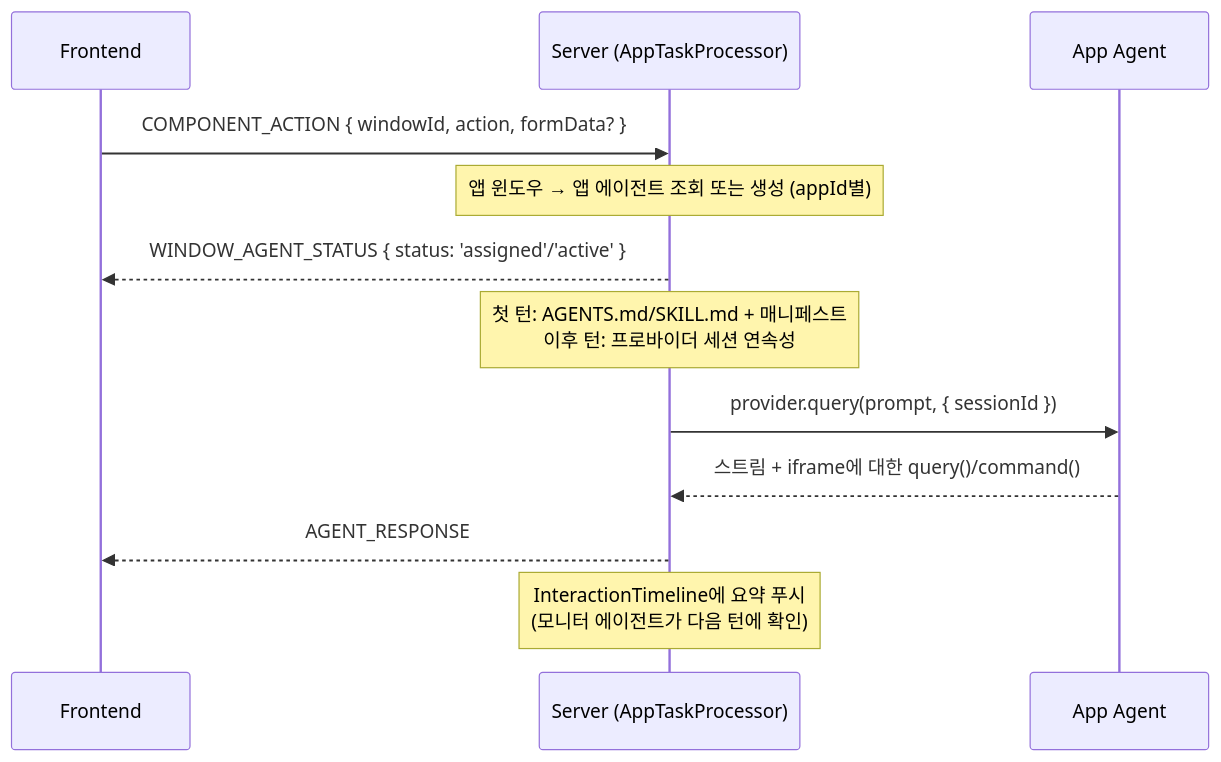
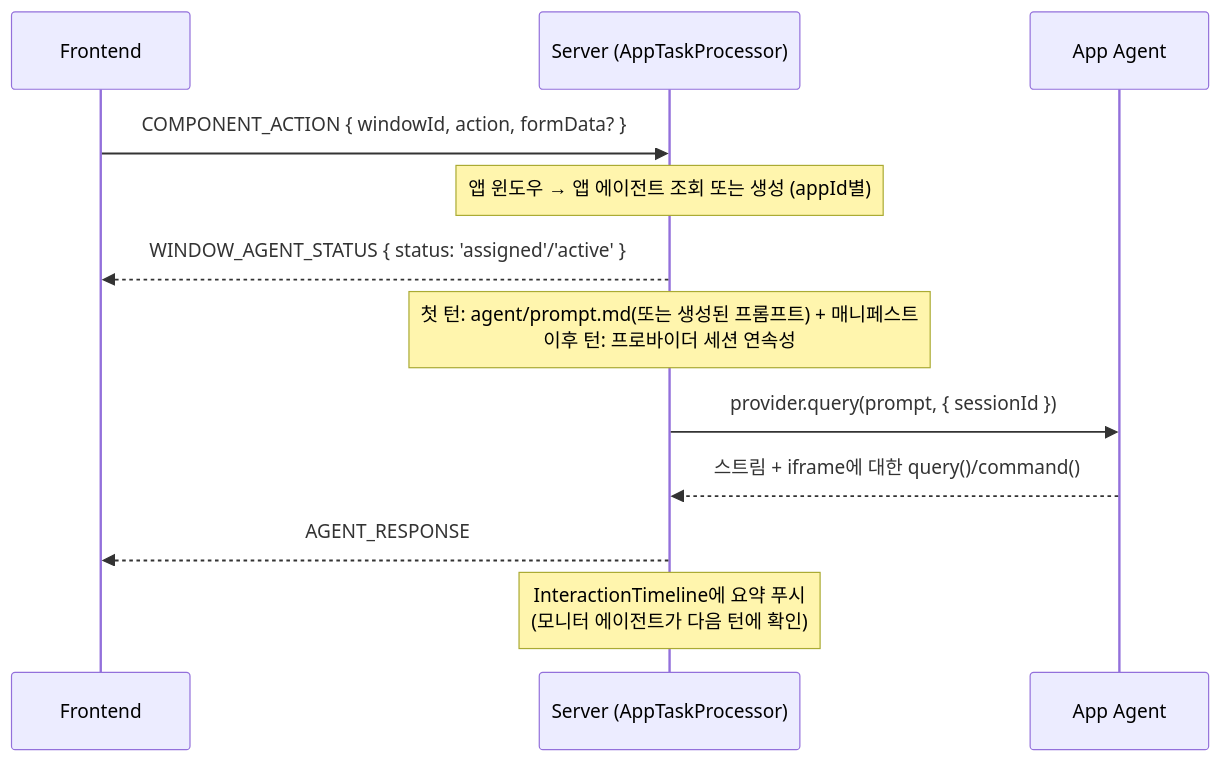
The fourth of 7 diagrams in docs/ko/common_flow.md (sorryhyun/yaar), drawn with Mermaid before and after one commit. The commit also changed other lines of this file and 61 other files, not shown here.

First line of the commit message:
apps: give the agent docs a directory, and stop appending a second prompt

````diff
--- a/docs/ko/common_flow.md
+++ b/docs/ko/common_flow.md
@@ -136,15 +136,15 @@
 ```mermaid
 sequenceDiagram
     participant FE as Frontend
     participant S as Server (AppTaskProcessor)
     participant AI as App Agent
 
     FE->>S: COMPONENT_ACTION { windowId, action, formData? }
     Note over S: 앱 윈도우 → 앱 에이전트 조회 또는 생성 (appId별)
     S-->>FE: WINDOW_AGENT_STATUS { status: 'assigned'/'active' }
-    Note over S: 첫 턴: AGENTS.md/SKILL.md + 매니페스트<br/>이후 턴: 프로바이더 세션 연속성
+    Note over S: 첫 턴: agent/prompt.md(또는 생성된 프롬프트) + 매니페스트<br/>이후 턴: 프로바이더 세션 연속성
     S->>AI: provider.query(prompt, { sessionId })
     AI-->>S: 스트림 + iframe에 대한 query()/command()
     S-->>FE: AGENT_RESPONSE
     Note over S: InteractionTimeline에 요약 푸시<br/>(모니터 에이전트가 다음 턴에 확인)
 ```
````
